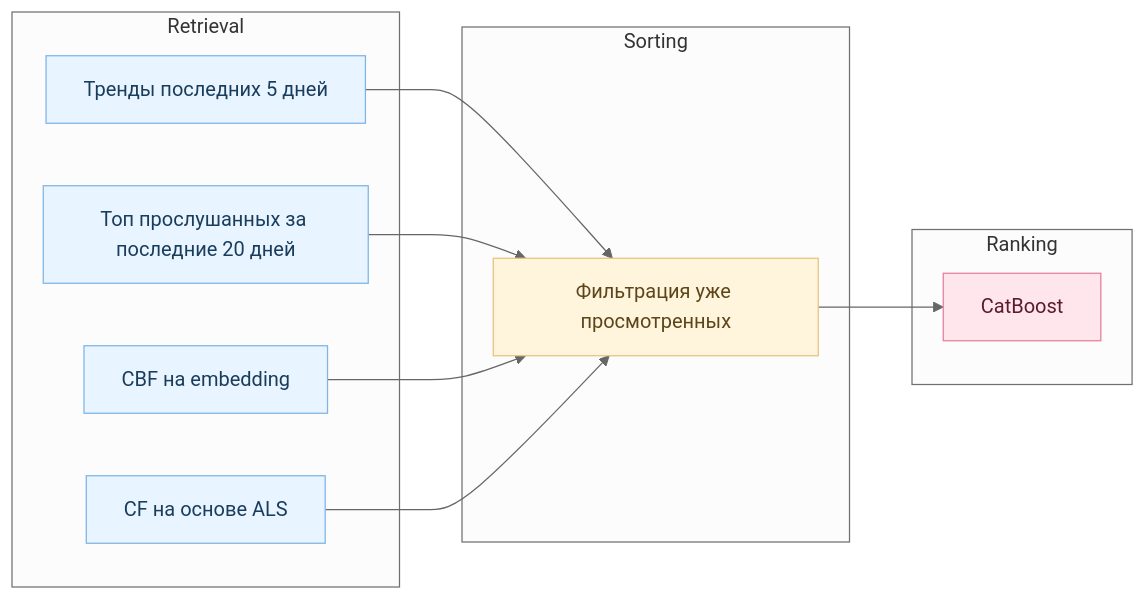
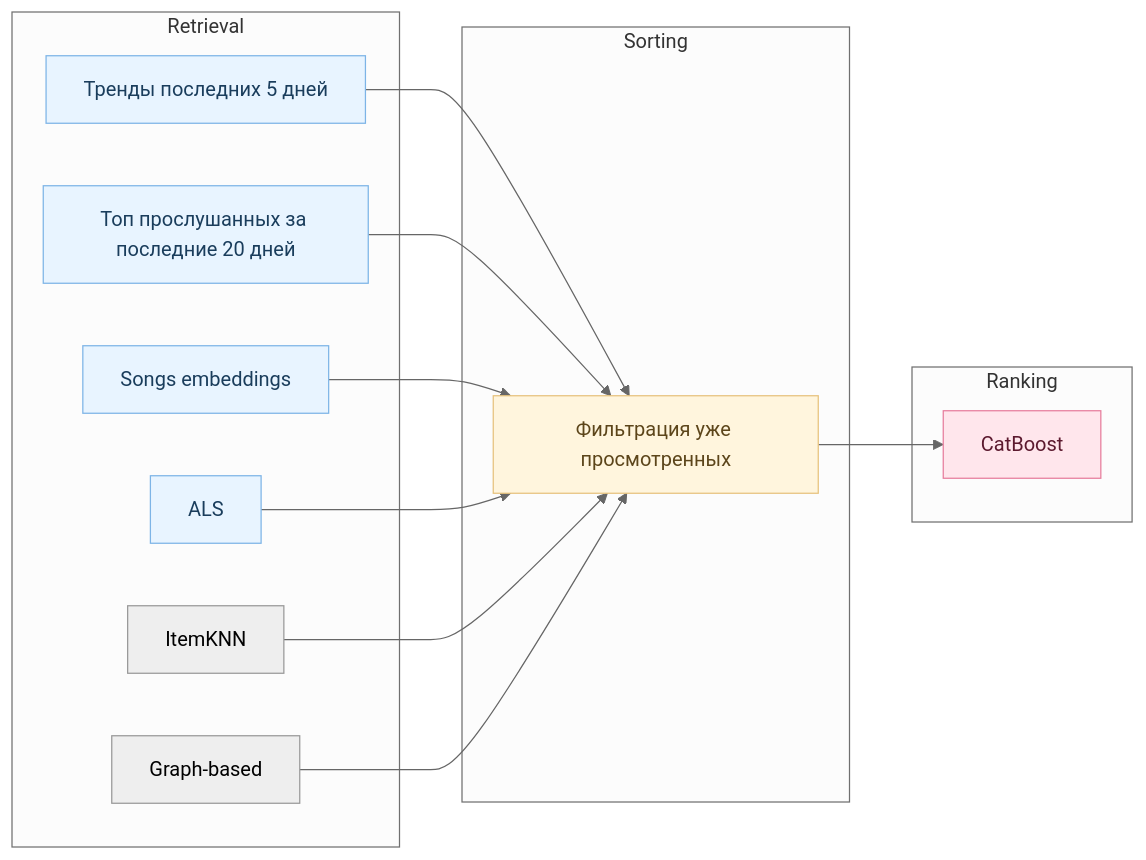
One commit to Nastasy822/music-recommendation-experiments changed the second of 2 diagrams in README.md. Above: the diagram before and after it, drawn with Mermaid (neutral theme). The commit also changed other lines of this file and 11 other files, not shown here.

````diff
--- a/README.md
+++ b/README.md
@@ -234,36 +237,40 @@
 ```mermaid
 flowchart LR
 
     %% === Блоки пайплайна ===
     subgraph RETRIEVAL ["Retrieval"]
         PopAll["Тренды последних 5 дней"]
         PopUser["Топ прослушанных за последние 20 дней"]
-        SIM["CBF на embedding"]
-        ALS["CF на основе ALS"]
+        SIM["Songs embeddings"]
+        ITEMKNN["ItemKNN"]
+        GRAPH["Graph-based "]
+        ALS["ALS"]
     end
 
     subgraph SORTING ["Sorting"]
         FILTER["Фильтрация уже просмотренных"]
     end
 
     subgraph RANKING ["Ranking"]
         RANK["CatBoost"]
     end
 
     %% === Потоки данных ===
     PopAll --> FILTER
     PopUser --> FILTER
     SIM --> FILTER
     ALS --> FILTER
+    ITEMKNN --> FILTER
+    GRAPH --> FILTER
 
     FILTER --> RANK
 
     %% === Цветовые стили (Пастельные узлы, фон subgraph по умолчанию — белый) ===
     classDef retrieval fill:#e8f4ff,stroke:#7db4e6,color:#1a3d5c;
     classDef sorting fill:#fff5dd,stroke:#e6c27d,color:#5c451a;
     classDef ranking fill:#ffe6ec,stroke:#e67d9c,color:#5c1a2f;
 
     class PopAll,PopUser,SIM,ALS retrieval;
     class FILTER sorting;
     class RANK ranking;
 ```
````
